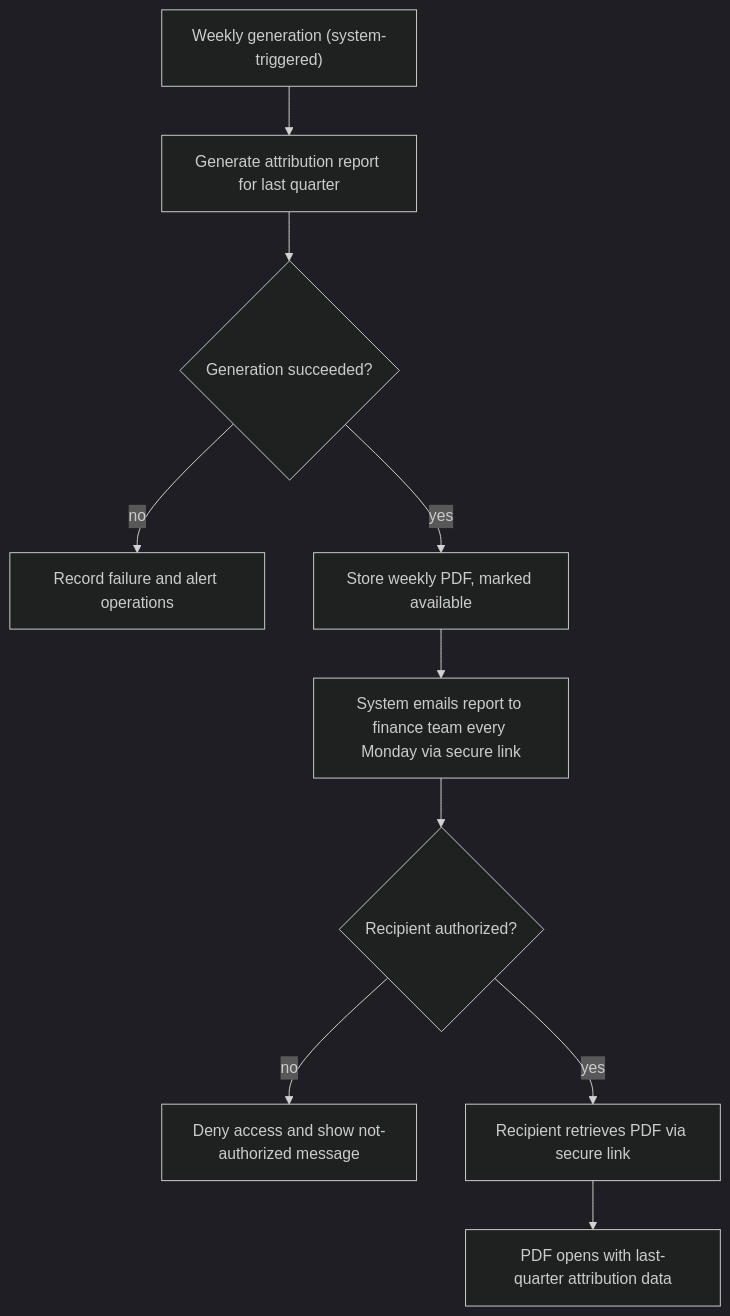
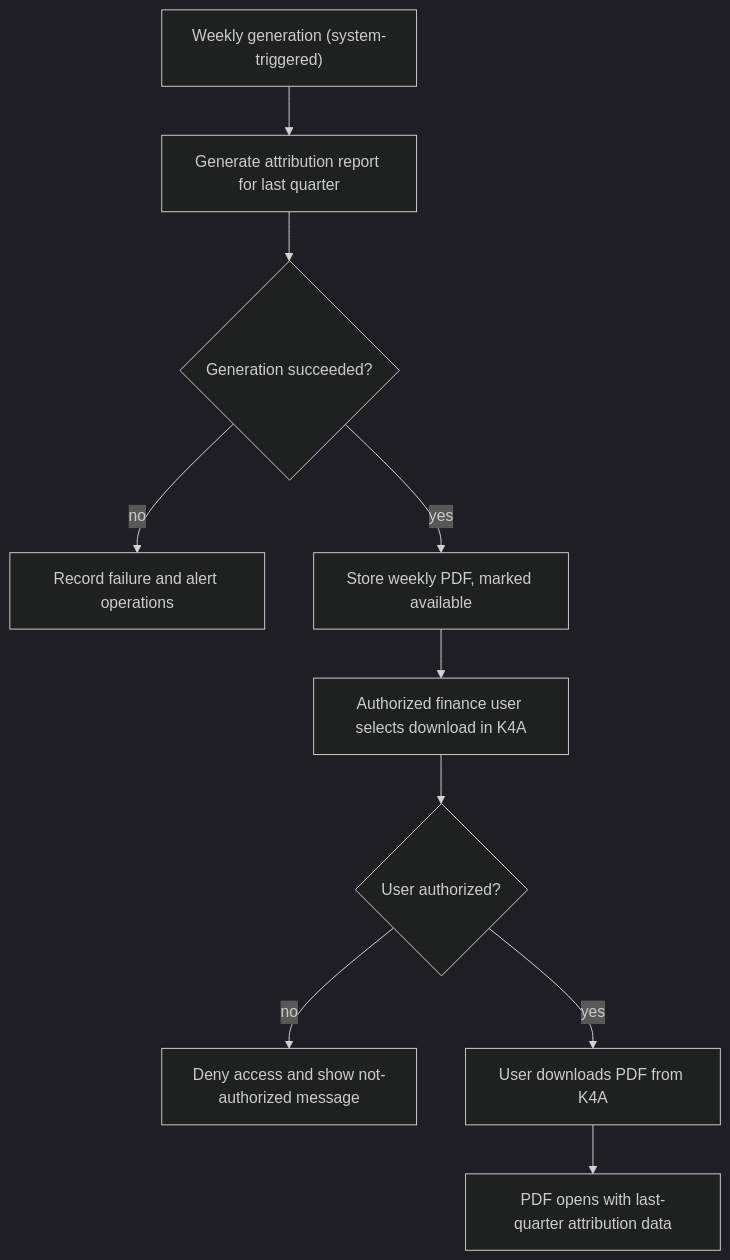
One commit to mayank-kochava/aisdlc-docs-sandbox changed the diagram in docs/16-PRDs/075-k4a-add-weekly-attribution-report-pdf-download/product-spec.md. Above: the diagram before and after it, drawn with Mermaid (dark theme). The commit also changed other lines of this file and 2 other files, not shown here.

````diff
--- a/docs/16-PRDs/075-k4a-add-weekly-attribution-report-pdf-download/product-spec.md
+++ b/docs/16-PRDs/075-k4a-add-weekly-attribution-report-pdf-download/product-spec.md
@@ -42,14 +42,14 @@
 ```mermaid
 flowchart TD
     A["Weekly generation (system-triggered)"] --> B["Generate attribution report for last quarter"]
     B --> C{"Generation succeeded?"}
     C -->|"no"| D["Record failure and alert operations"]
     C -->|"yes"| E["Store weekly PDF, marked available"]
 
-    E --> H["System emails report to finance team every Monday via secure link"]
+    E --> H["Authorized finance user selects download in K4A"]
 
-    H --> O{"Recipient authorized?"}
+    H --> O{"User authorized?"}
     O -->|"no"| J["Deny access and show not-authorized message"]
-    O -->|"yes"| P["Recipient retrieves PDF via secure link"]
+    O -->|"yes"| P["User downloads PDF from K4A"]
     P --> N["PDF opens with last-quarter attribution data"]
 ```
````
